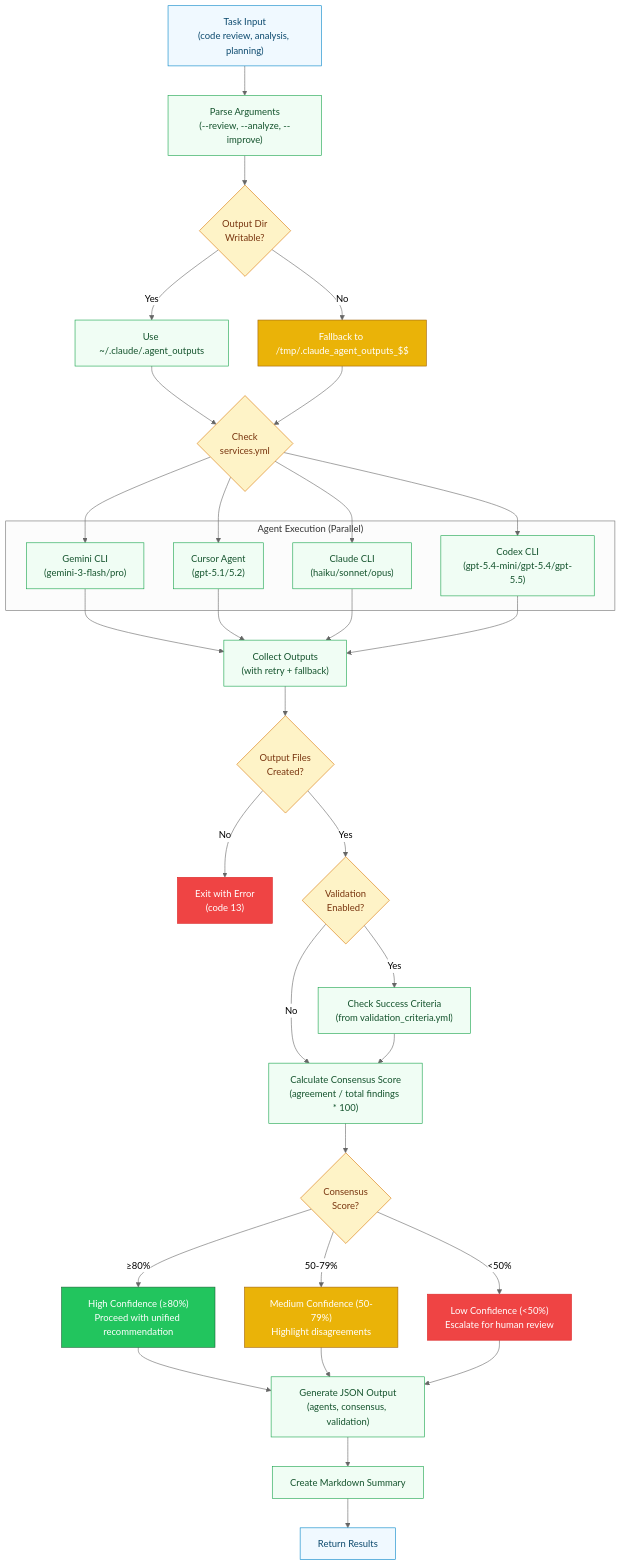
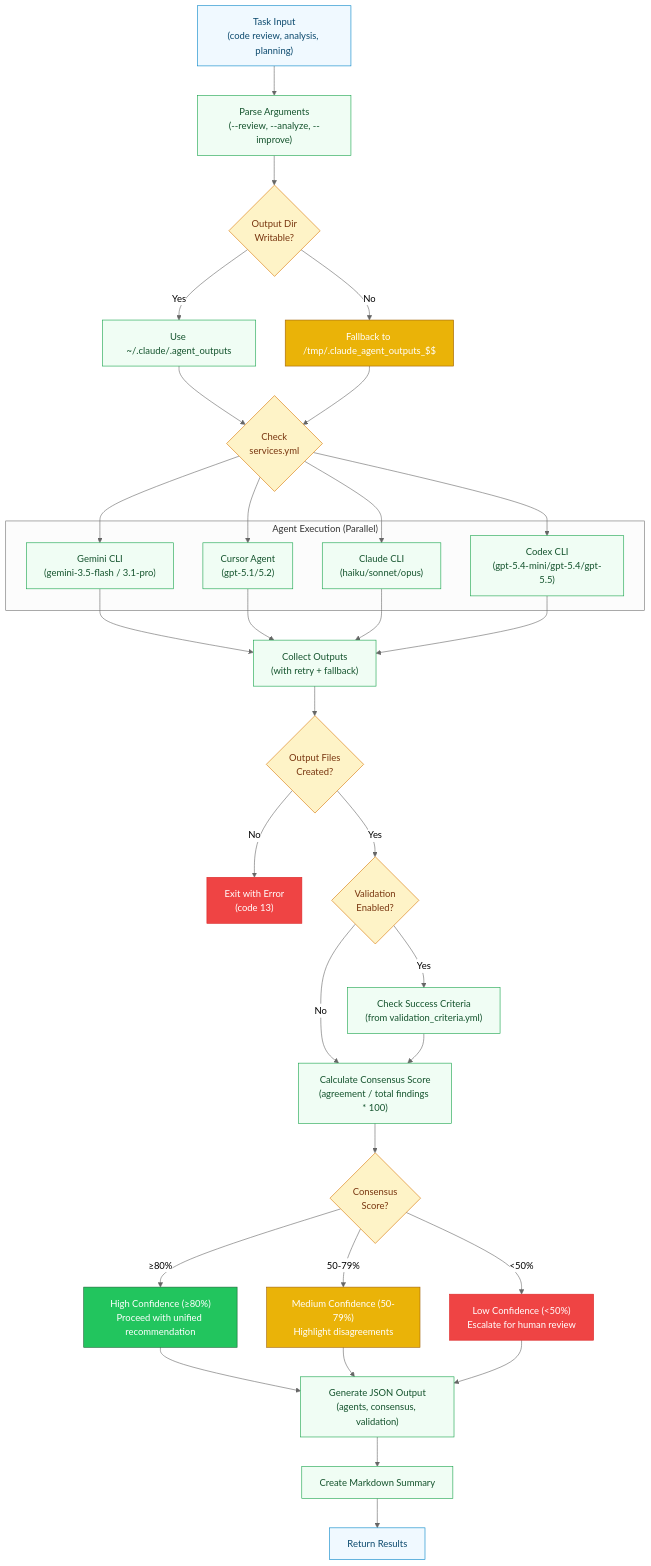
One commit to RB-chrismandich/Manifest changed the sixth of 15 diagrams in docs/ARCHITECTURE_DIAGRAMS.md. Above: the diagram before and after it, drawn with Mermaid. The commit also changed 3 other files, not shown here.

```diff
--- a/docs/ARCHITECTURE_DIAGRAMS.md
+++ b/docs/ARCHITECTURE_DIAGRAMS.md
@@ -533,7 +533,7 @@
     CHECK_SERVICES{"Check<br/>services.yml"}:::decision
 
     subgraph "Agent Execution (Parallel)"
-        GEMINI_EXEC["Gemini CLI<br/>(gemini-3-flash/pro)"]:::process
+        GEMINI_EXEC["Gemini CLI<br/>(gemini-3.5-flash / 3.1-pro)"]:::process
         CURSOR_EXEC["Cursor Agent<br/>(gpt-5.1/5.2)"]:::process
         CLAUDE_EXEC["Claude CLI<br/>(haiku/sonnet/opus)"]:::process
         CODEX_EXEC["Codex CLI<br/>(gpt-5.4-mini/gpt-5.4/gpt-5.5)"]:::process
```
